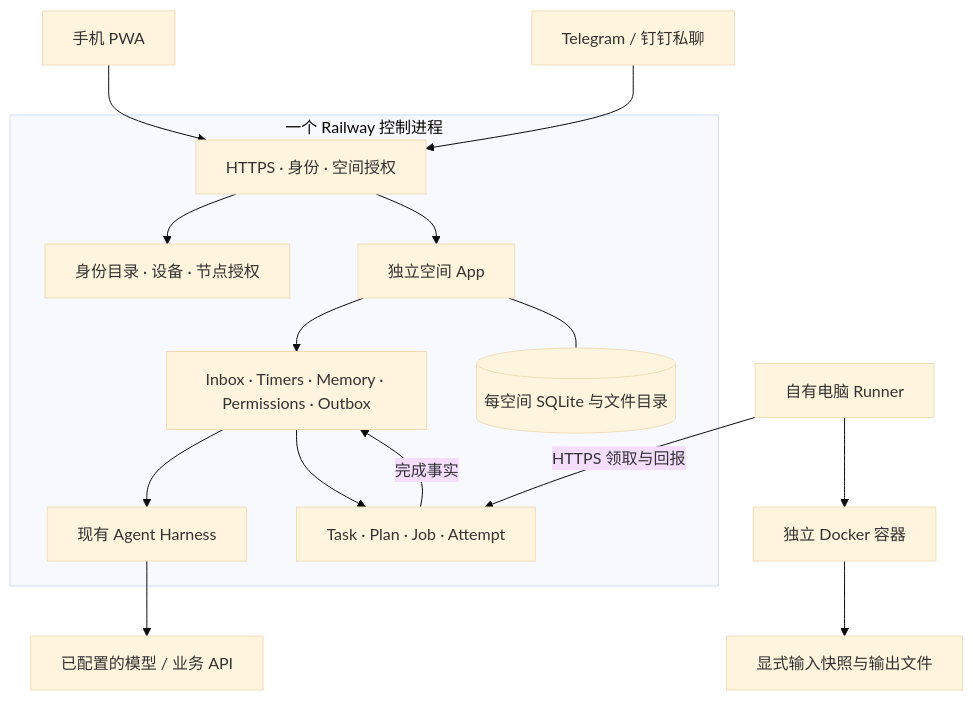
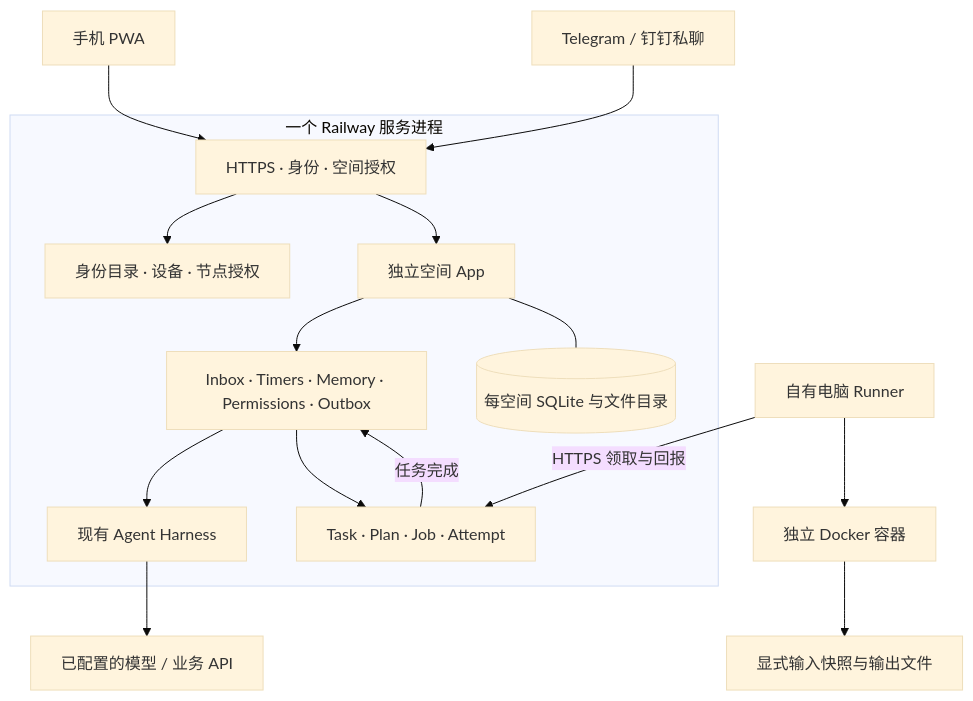
One commit to zypgo/personal-agent changed the diagram in docs/V3.md. Above: the diagram before and after it, drawn with Mermaid (base theme). The commit also changed other lines of this file and 35 other files, not shown here.

````diff
--- a/docs/V3.md
+++ b/docs/V3.md
@@ -18,18 +18,18 @@
 ```mermaid
 flowchart TB
     Phone["手机 PWA"] --> Gate["HTTPS · 身份 · 空间授权"]
     Chat["Telegram / 钉钉私聊"] --> Gate
-    subgraph Control["一个 Railway 控制进程"]
+    subgraph Control["一个 Railway 服务进程"]
         Gate --> Directory["身份目录 · 设备 · 节点授权"]
         Gate --> Spaces["独立空间 App"]
         Spaces --> Kernel["Inbox · Timers · Memory · Permissions · Outbox"]
         Kernel --> Harness["现有 Agent Harness"]
         Kernel --> Jobs["Task · Plan · Job · Attempt"]
-        Jobs -->|"完成事实"| Kernel
+        Jobs -->|"任务完成"| Kernel
         Spaces --- Data[("每空间 SQLite 与文件目录")]
     end
     Harness --> APIs["已配置的模型 / 业务 API"]
     Runner["自有电脑 Runner"] -->|"HTTPS 领取与回报"| Jobs
     Runner --> Docker["独立 Docker 容器"]
     Docker --> Files["显式输入快照与输出文件"]
 ```
````
